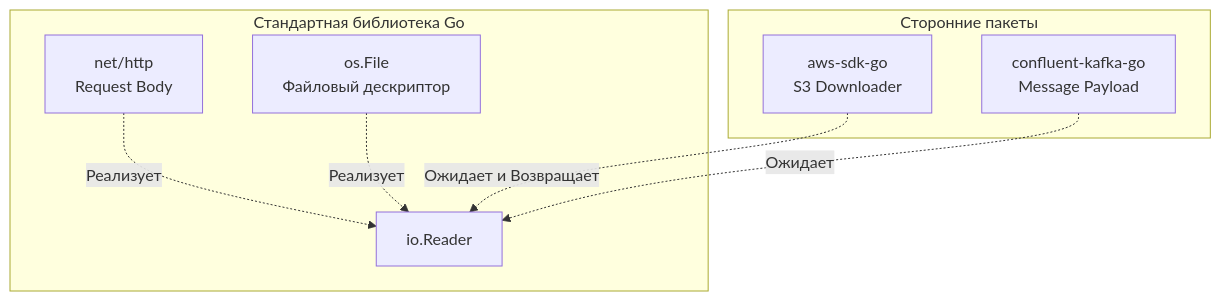
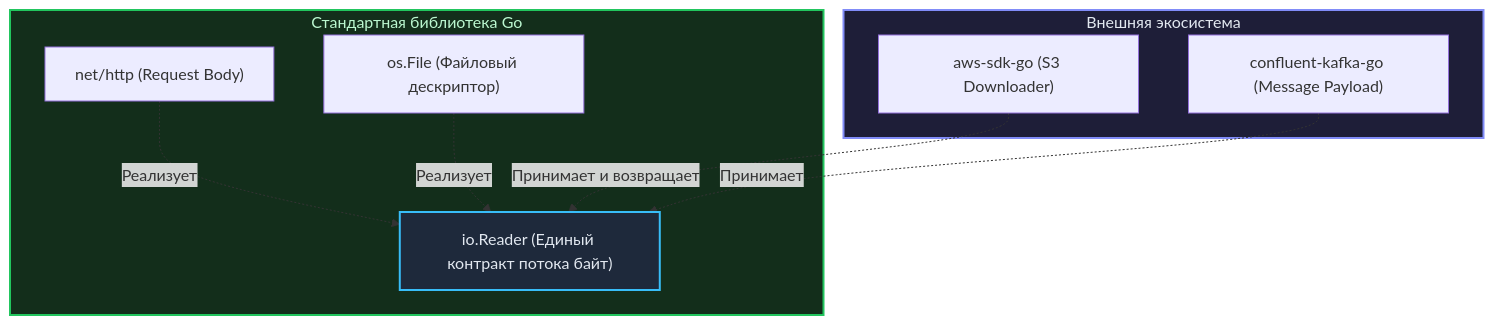
One commit to UnrealTemplier/go-textbook changed the diagram in sources/4. История и философия Go/26. Стандартная библиотека как часть философии языка.md. Above: the diagram before and after it, drawn with Mermaid. The commit also changed other lines of this file, not shown here.

````diff
--- a/sources/4. История и философия Go/26. Стандартная библиотека как часть философии языка.md
+++ b/sources/4. История и философия Go/26. Стандартная библиотека как часть философии языка.md
@@ -46,18 +55,22 @@
 ```mermaid
 flowchart TD
     subgraph STDLIB ["Стандартная библиотека Go"]
-        READER["io.Reader"]
-        HTTP["net/http<br>Request Body"]
-        FILE["os.File<br>Файловый дескриптор"]
+        READER["io.Reader (Единый контракт потока байт)"]
+        HTTP["net/http (Request Body)"]
+        FILE["os.File (Файловый дескриптор)"]
     end
     
-    subgraph THIRD_PARTY ["Сторонние пакеты"]
-        AWS["aws-sdk-go<br>S3 Downloader"]
-        KAFKA["confluent-kafka-go<br>Message Payload"]
+    subgraph THIRD_PARTY ["Внешняя экосистема"]
+        AWS["aws-sdk-go (S3 Downloader)"]
+        KAFKA["confluent-kafka-go (Message Payload)"]
     end
     
     HTTP -.->|"Реализует"| READER
     FILE -.->|"Реализует"| READER
-    AWS -.->|"Ожидает и Возвращает"| READER
-    KAFKA -.->|"Ожидает"| READER
+    AWS -.->|"Принимает и возвращает"| READER
+    KAFKA -.->|"Принимает"| READER
+    
+    style READER fill:#1e293b,stroke:#38bdf8,stroke-width:2px,color:#e2e8f0
+    style STDLIB fill:#132e1b,stroke:#22c55e,stroke-width:2px,color:#bbf7d0
+    style THIRD_PARTY fill:#1e1e38,stroke:#818cf8,stroke-width:2px,color:#e2e8f0
 ```
````
